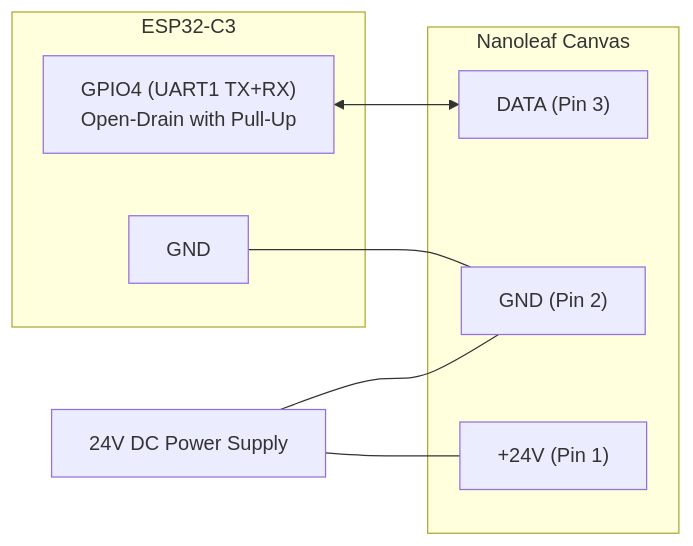
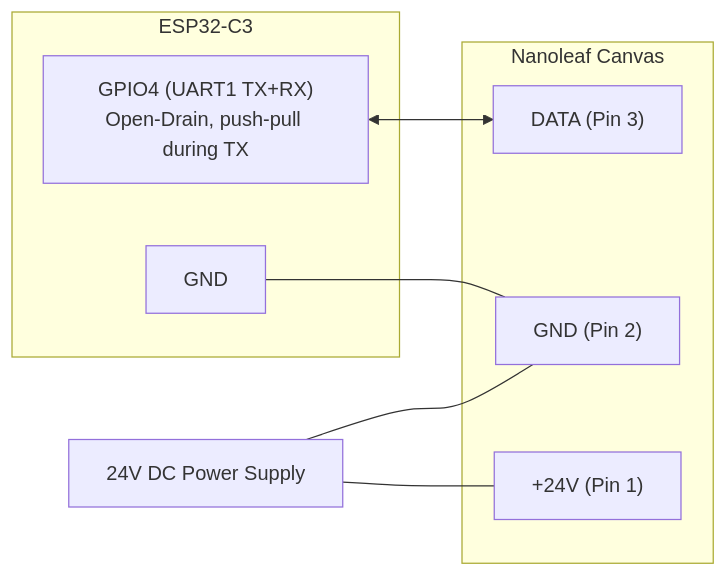
The diagram in CANVAS_PROTOCOL.md (koosc/nanoleaf-canvas-esp32-control), drawn with Mermaid before and after one commit. The commit also changed other lines of this file and 5 other files, not shown here.

````diff
--- a/CANVAS_PROTOCOL.md
+++ b/CANVAS_PROTOCOL.md
@@ -35,18 +36,18 @@
 ```mermaid
 flowchart LR
     subgraph ESP32-C3
-        GPIO4["GPIO4 (UART1 TX+RX)<br/>Open-Drain with Pull-Up"]
+        GPIO4["GPIO4 (UART1 TX+RX)<br/>Open-Drain, push-pull during TX"]
         GND_ESP["GND"]
     end
     subgraph Nanoleaf Canvas
         DATA["DATA (Pin 3)"]
         GND_PANEL["GND (Pin 2)"]
         V24["+24V (Pin 1)"]
     end
     PSU["24V DC Power Supply"]
 
     GPIO4 <--> DATA
     GND_ESP --- GND_PANEL
     PSU --- V24
     PSU --- GND_PANEL
 ```
````
